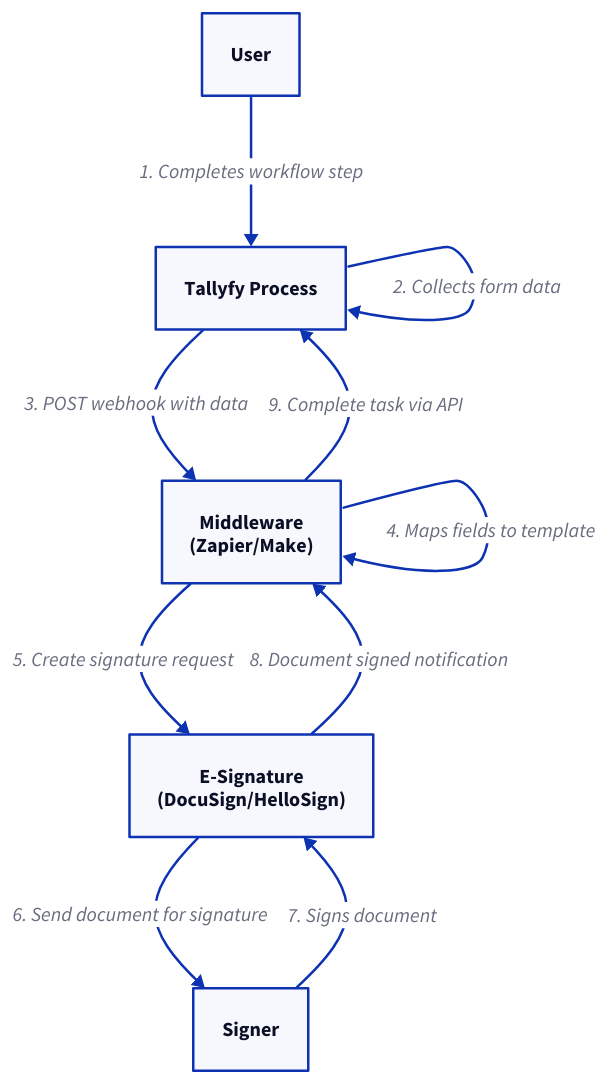
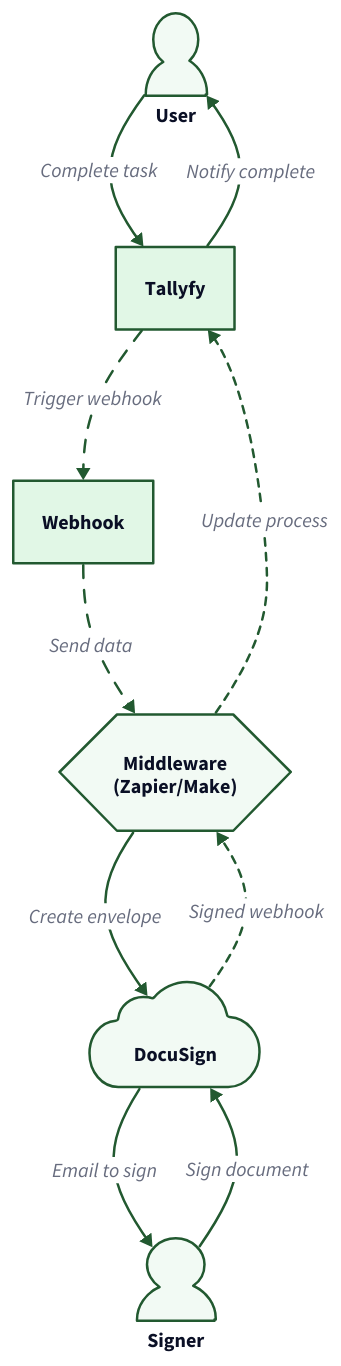
Before and after one commit to tallyfy/documentation: the diagram in src/content/docs/pro/documenting/documents/how-can-i-automate-document-signing-with-tallyfy.mdx, drawn with D2. The commit also changed other lines of this file and 605 other files, not shown here.

````diff
--- a/src/content/docs/pro/documenting/documents/how-can-i-automate-document-signing-with-tallyfy.mdx
+++ b/src/content/docs/pro/documenting/documents/how-can-i-automate-document-signing-with-tallyfy.mdx
@@ -42,17 +43,76 @@
 ```d2
-User: User
-T: Tallyfy Process
-M: "Middleware\n(Zapier/Make)"
-E: "E-Signature\n(DocuSign/HelloSign)"
-S: Signer
+# Document Signing Automation Flow
+direction: down
 
-User -> T: "1. Completes workflow step"
-T -> T: "2. Collects form data"
-T -> M: "3. POST webhook with data"
-M -> M: "4. Maps fields to template"
-M -> E: "5. Create signature request"
-E -> S: "6. Send document for signature"
-S -> E: "7. Signs document"
-E -> M: "8. Document signed notification"
-M -> T: "9. Complete task via API"
+# People
+User: User {
+  shape: person
+  style.fill: "#f2faf4"
+  style.stroke: "#225930"
+}
+
+Signer: Signer {
+  shape: person
+  style.fill: "#f2faf4"
+  style.stroke: "#225930"
+}
+
+# Systems
+Tallyfy: Tallyfy {
+  shape: rectangle
+  style.fill: "#e1f7e6"
+  style.stroke: "#225930"
+  style.stroke-width: 2
+}
+
+Webhook: Webhook {
+  shape: rectangle
+  style.fill: "#e1f7e6"
+  style.stroke: "#225930"
+}
+
+Middleware: Middleware\n(Zapier/Make) {
+  shape: hexagon
+  style.fill: "#f2faf4"
+  style.stroke: "#225930"
+}
+
+DocuSign: DocuSign {
+  shape: cloud
+  style.fill: "#f2faf4"
+  style.stroke: "#225930"
+}
+
+# Process Flow
+User -> Tallyfy: Complete task {
+  style.stroke: "#225930"
+}
+Tallyfy -> Webhook: Trigger webhook {
+  style.stroke: "#225930"
+  style.animated: true
+}
+Webhook -> Middleware: Send data {
+  style.stroke: "#225930"
+  style.animated: true
+}
+Middleware -> DocuSign: Create envelope {
+  style.stroke: "#225930"
+}
+DocuSign -> Signer: Email to sign {
+  style.stroke: "#225930"
+}
+Signer -> DocuSign: Sign document {
+  style.stroke: "#225930"
+}
+DocuSign -> Middleware: Signed webhook {
+  style.stroke: "#225930"
+  style.stroke-dash: 3
+}
+Middleware -> Tallyfy: Update process {
+  style.stroke: "#225930"
+  style.stroke-dash: 3
+}
+Tallyfy -> User: Notify complete {
+  style.stroke: "#225930"
+}
 ```
````
